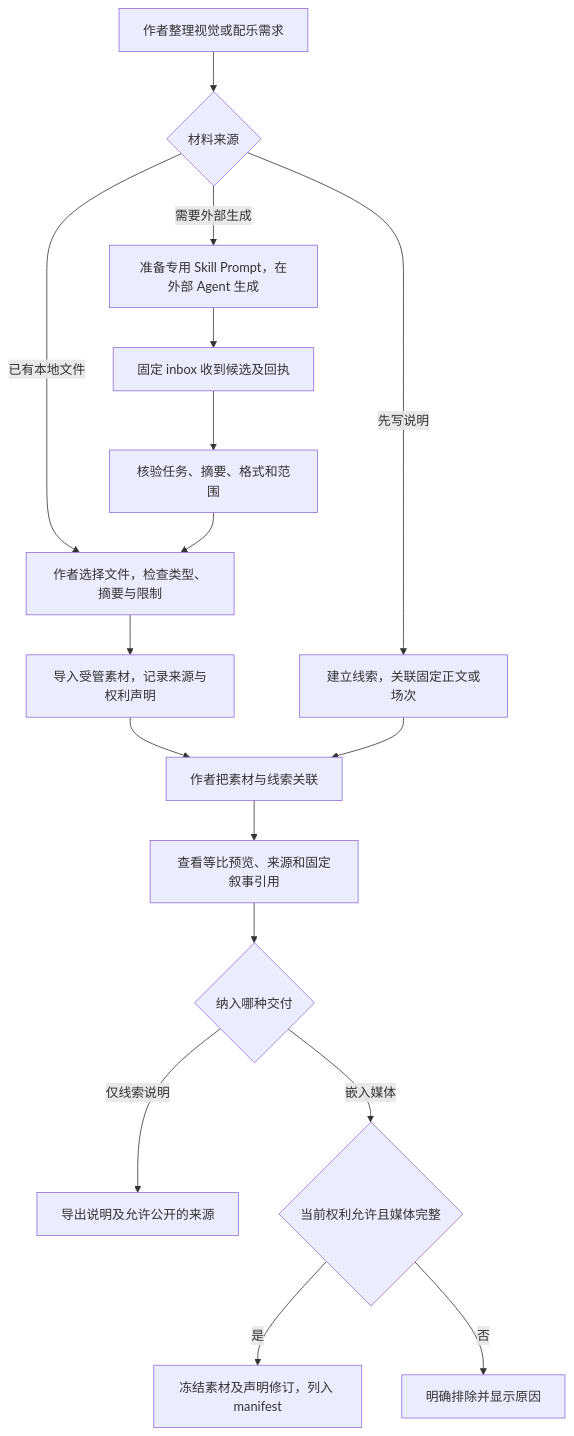
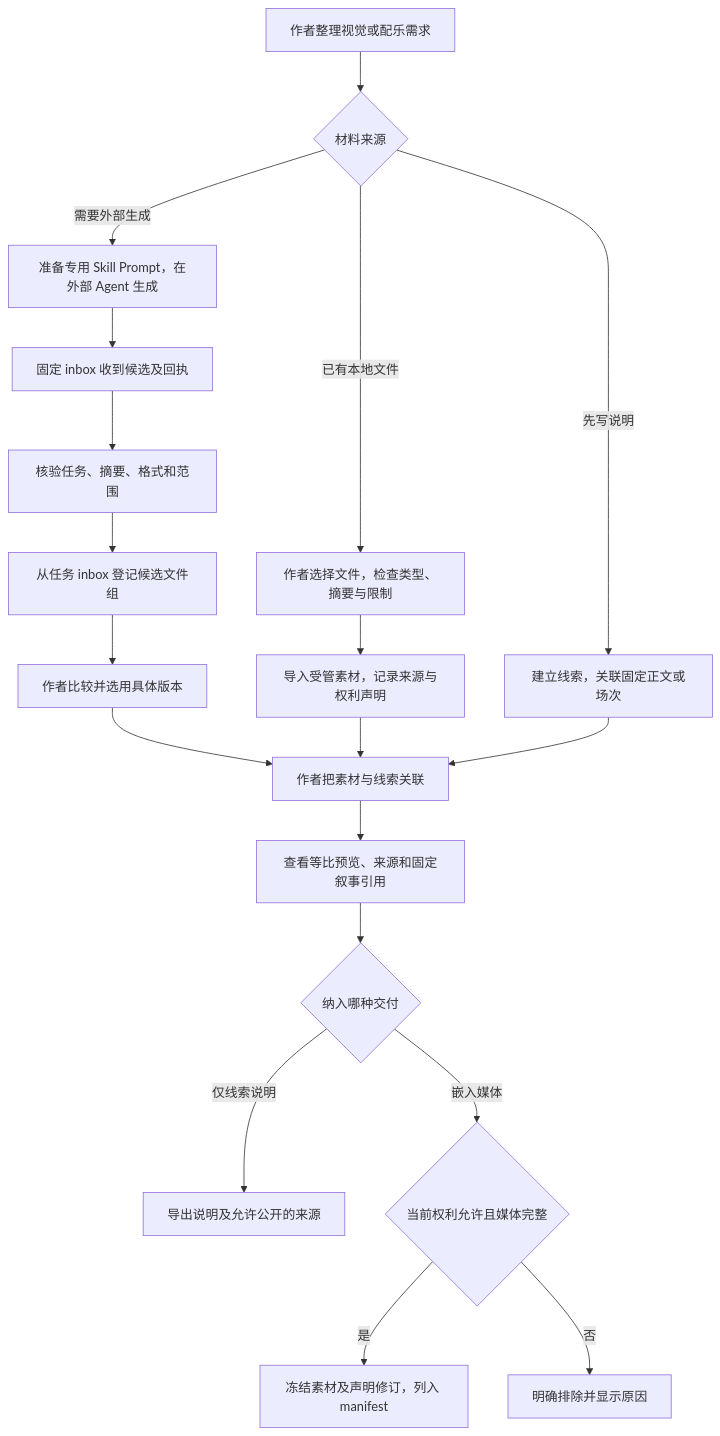
Before and after one commit to limecloud/hetu: diagram 25 of 48 in docs/23-业务流程与MCP时序.md, drawn with Mermaid. The commit also changed other lines of this file and 993 other files, not shown here.

````diff
--- a/docs/23-业务流程与MCP时序.md
+++ b/docs/23-业务流程与MCP时序.md
@@ -664,19 +688,21 @@
 ```mermaid
 flowchart TD
     need["作者整理视觉或配乐需求"] --> type{"材料来源"}
     type -->|"先写说明"| cue["建立线索，关联固定正文或场次"]
     type -->|"已有本地文件"| inspect["作者选择文件，检查类型、摘要与限制"]
     type -->|"需要外部生成"| prompt["准备专用 Skill Prompt，在外部 Agent 生成"]
     prompt --> candidate["固定 inbox 收到候选及回执"]
     candidate --> verify["核验任务、摘要、格式和范围"]
-    verify --> inspect
+    verify --> register["从任务 inbox 登记候选文件组"]
+    register --> selectAsset["作者比较并选用具体版本"]
+    selectAsset --> link
     inspect --> importAsset["导入受管素材，记录来源与权利声明"]
     importAsset --> link["作者把素材与线索关联"]
     cue --> link
     link --> preview["查看等比预览、来源和固定叙事引用"]
     preview --> delivery{"纳入哪种交付"}
     delivery -->|"仅线索说明"| metadata["导出说明及允许公开的来源"]
     delivery -->|"嵌入媒体"| rights{"当前权利允许且媒体完整"}
     rights -->|"是"| embed["冻结素材及声明修订，列入 manifest"]
     rights -->|"否"| exclude["明确排除并显示原因"]
 ```
````
